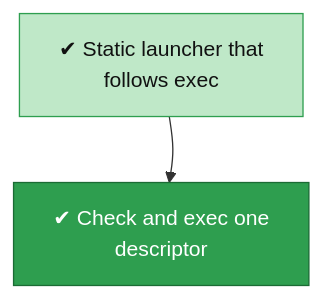
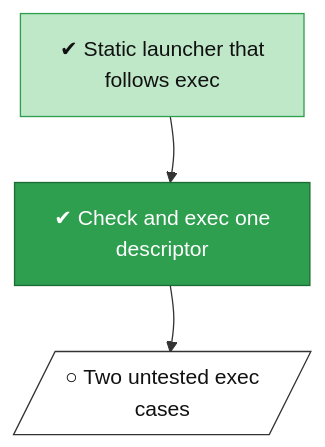
Before and after one commit to lhns/v3compat: the diagram in docs/roadmap/tracks/launch.md, drawn with Mermaid. The commit also changed other lines of this file and 10 other files, not shown here.

First line of the commit message:
Roadmap: phase gates, forward work and an overview spine

````diff
--- a/docs/roadmap/tracks/launch.md
+++ b/docs/roadmap/tracks/launch.md
@@ -10,23 +10,27 @@
 ```mermaid
 flowchart TB
     launch_static["✔ Static launcher that<br/>follows exec"]
     launch_refused_exec["✔ Check and exec one<br/>descriptor"]
+    launch_exe_cases[/"○ Two untested exec<br/>cases"/]
     launch_static ~~~ launch_refused_exec
+    launch_refused_exec ~~~ launch_exe_cases
     launch_static --> launch_refused_exec
+    launch_refused_exec --> launch_exe_cases
     classDef vsucc fill:#2e9e4f,stroke:#1b6b34,color:#fff
     classDef succ fill:#bfe8c8,stroke:#2e9e4f,color:#111
     classDef mixed fill:#ffd37a,stroke:#c98a00,color:#111
     classDef bad fill:#f28b82,stroke:#b3261e,color:#111
     classDef dead fill:#e6e6e6,stroke:#777,stroke-dasharray:5 5,color:#555
     classDef inprog fill:#a8cdf5,stroke:#1f6fc5,color:#111
     classDef next fill:#fff,stroke:#333,color:#111
     classDef blocked fill:#fff,stroke:#b3261e,stroke-dasharray:2 2,color:#111
     classDef parked fill:#f3f3f3,stroke:#999,color:#555
     classDef unrated fill:#fff,stroke:#333,stroke-dasharray:1 3,color:#111
     classDef gate fill:#d9c2f0,stroke:#7b3fb5,color:#111
     classDef decided fill:#ece0f7,stroke:#7b3fb5,stroke-dasharray:2 2,color:#111
     classDef finding fill:#ffe0b2,stroke:#d84315,stroke-width:2px,color:#111
     classDef waiting fill:#e3f2fd,stroke:#1f6fc5,stroke-dasharray:5 5,color:#111
     class launch_static succ
     class launch_refused_exec vsucc
+    class launch_exe_cases next
 ```
````
